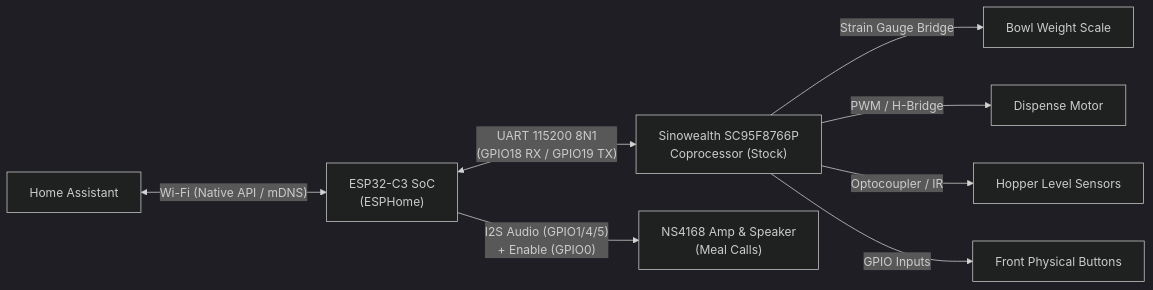
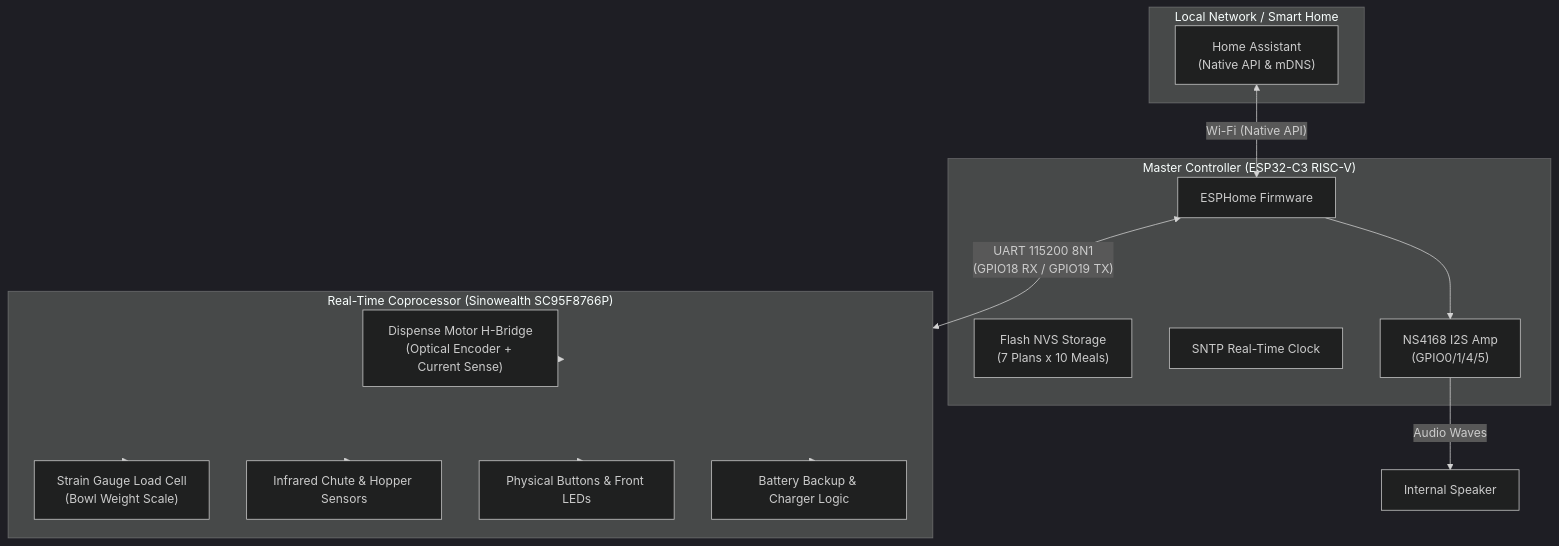
One commit to sibero80/pawsync_esphome changed the diagram in README.md. Above: the diagram before and after it, drawn with Mermaid (dark theme). The commit also changed other lines of this file and 6 other files, not shown here.

````diff
--- a/README.md
+++ b/README.md
@@ -13,11 +48,32 @@
 ```mermaid
-flowchart LR
-    HA["Home Assistant"] <-->|"Wi-Fi (Native API / mDNS)"| ESP["ESP32-C3 SoC<br>(ESPHome)"]
-    ESP <-->|"UART 115200 8N1<br>(GPIO18 RX / GPIO19 TX)"| MCU["Sinowealth SC95F8766P<br>Coprocessor (Stock)"]
-    ESP -->|"I2S Audio (GPIO1/4/5)<br>+ Enable (GPIO0)"| AMP["NS4168 Amp & Speaker<br>(Meal Calls)"]
-    
-    MCU -->|"Strain Gauge Bridge"| SCALE["Bowl Weight Scale"]
-    MCU -->|"PWM / H-Bridge"| MOTOR["Dispense Motor"]
-    MCU -->|"Optocoupler / IR"| SENS["Hopper Level Sensors"]
-    MCU -->|"GPIO Inputs"| BTN["Front Physical Buttons"]
+flowchart TD
+    subgraph Home ["Local Network / Smart Home"]
+        HA["Home Assistant<br>(Native API & mDNS)"]
+    end
+
+    subgraph ESP ["Master Controller (ESP32-C3 RISC-V)"]
+        ESPHome["ESPHome Firmware"]
+        NVS["Flash NVS Storage<br>(7 Plans x 10 Meals)"]
+        RTC["SNTP Real-Time Clock"]
+        AMP["NS4168 I2S Amp<br>(GPIO0/1/4/5)"]
+    end
+
+    subgraph MCU ["Real-Time Coprocessor (Sinowealth SC95F8766P)"]
+        MOTOR["Dispense Motor H-Bridge<br>(Optical Encoder + Current Sense)"]
+        SCALE["Strain Gauge Load Cell<br>(Bowl Weight Scale)"]
+        IR["Infrared Chute & Hopper Sensors"]
+        BTN["Physical Buttons & Front LEDs"]
+        BATT["Battery Backup & Charger Logic"]
+    end
+
+    HA <-->|"Wi-Fi (Native API)"| ESPHome
+    ESPHome <-->|"UART 115200 8N1<br>(GPIO18 RX / GPIO19 TX)"| MCU
+    ESPHome --> AMP
+    AMP -->|"Audio Waves"| SPK["Internal Speaker"]
+
+    MCU --> MOTOR
+    MCU --> SCALE
+    MCU --> IR
+    MCU --> BTN
+    MCU --> BATT
 ```
````
